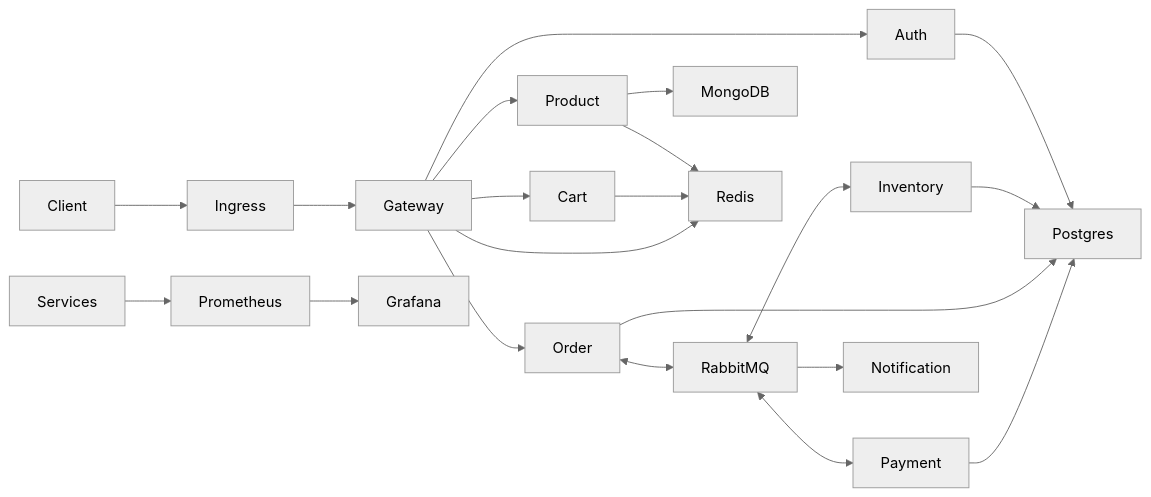
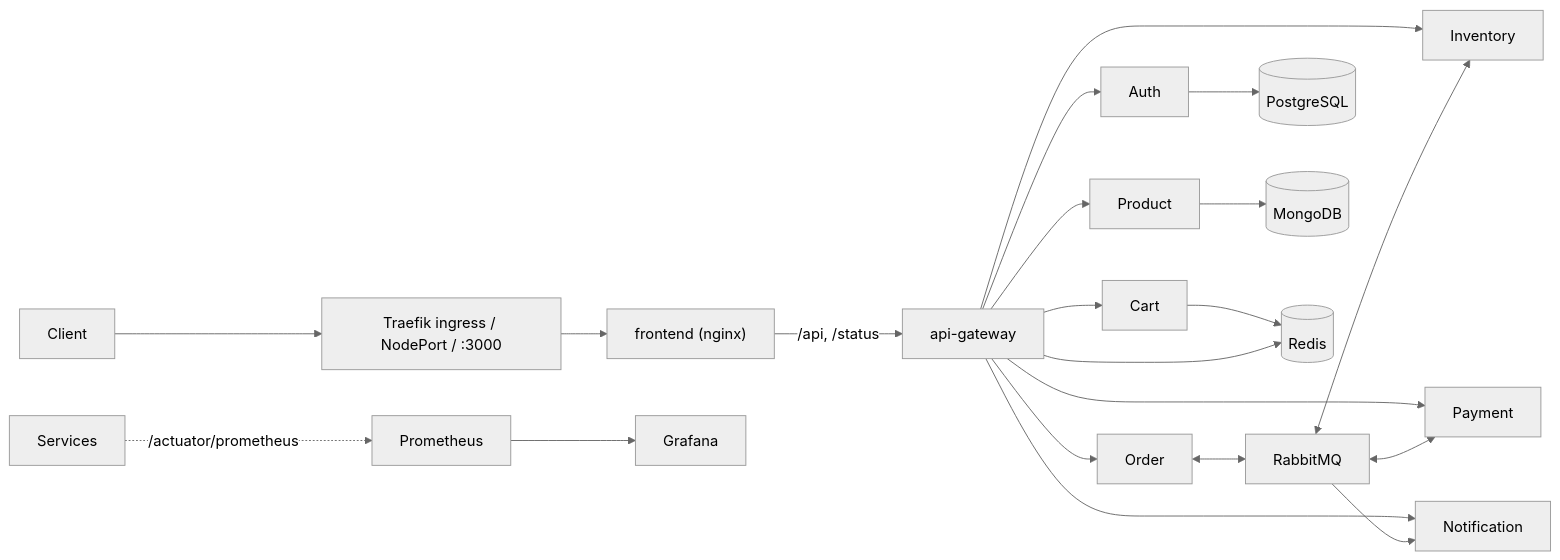
The diagram in docs/architecture.md (DSheth2004/shopsphere-cloud-native), drawn with Mermaid (neutral theme) before and after one commit. The commit also changed other lines of this file and 120 other files, not shown here.

````diff
--- a/docs/architecture.md
+++ b/docs/architecture.md
@@ -3,17 +3,14 @@
 ```mermaid
 flowchart LR
-  Client-->Ingress-->Gateway
-  Gateway-->Auth & Product & Cart & Order
-  Order<-->RabbitMQ
-  RabbitMQ<-->Inventory & Payment
-  RabbitMQ-->Notification
-  Auth-->Postgres
-  Inventory-->Postgres
-  Order-->Postgres
-  Payment-->Postgres
-  Product-->MongoDB
-  Product-->Redis
-  Cart-->Redis
-  Gateway-->Redis
-  Services-->Prometheus-->Grafana
+  Client --> Ingress["Traefik ingress / NodePort / :3000"] --> Frontend["frontend (nginx)"]
+  Frontend -->|/api, /status| Gateway["api-gateway"]
+  Gateway --> Auth & Product & Inventory & Cart & Order & Payment & Notification
+  Order <--> RabbitMQ
+  RabbitMQ <--> Inventory & Payment
+  RabbitMQ --> Notification
+  Auth --> Postgres[(PostgreSQL)]
+  Product --> MongoDB[(MongoDB)]
+  Cart --> Redis[(Redis)]
+  Gateway --> Redis
+  Services -. /actuator/prometheus .-> Prometheus --> Grafana
 ```
````
